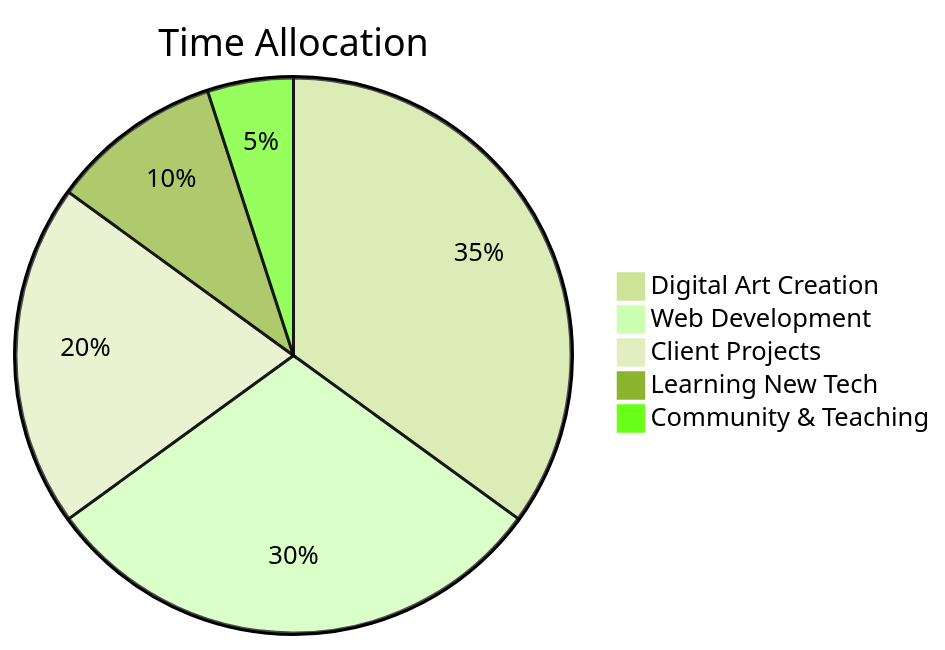
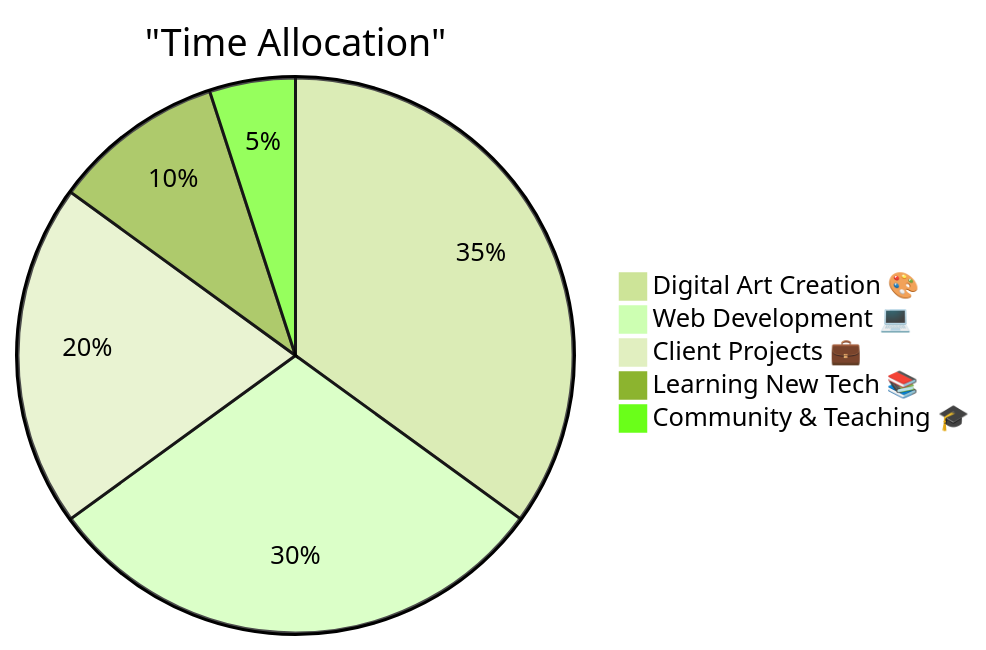
Before and after one commit to galeri-coder/galeri-coder: the diagram in README.md, drawn with Mermaid (forest theme). The commit also changed other lines of this file, not shown here.

````diff
--- a/README.md
+++ b/README.md
@@ -162,8 +158,8 @@
 ```mermaid
-pie title Time Allocation
-    "Digital Art Creation" : 35
-    "Web Development" : 30
-    "Client Projects" : 20
-    "Learning New Tech" : 10
-    "Community & Teaching" : 5
+pie title "Time Allocation"
+    "Digital Art Creation 🎨" : 35
+    "Web Development 💻" : 30
+    "Client Projects 💼" : 20
+    "Learning New Tech 📚" : 10
+    "Community & Teaching 🎓" : 5
 ```
````
